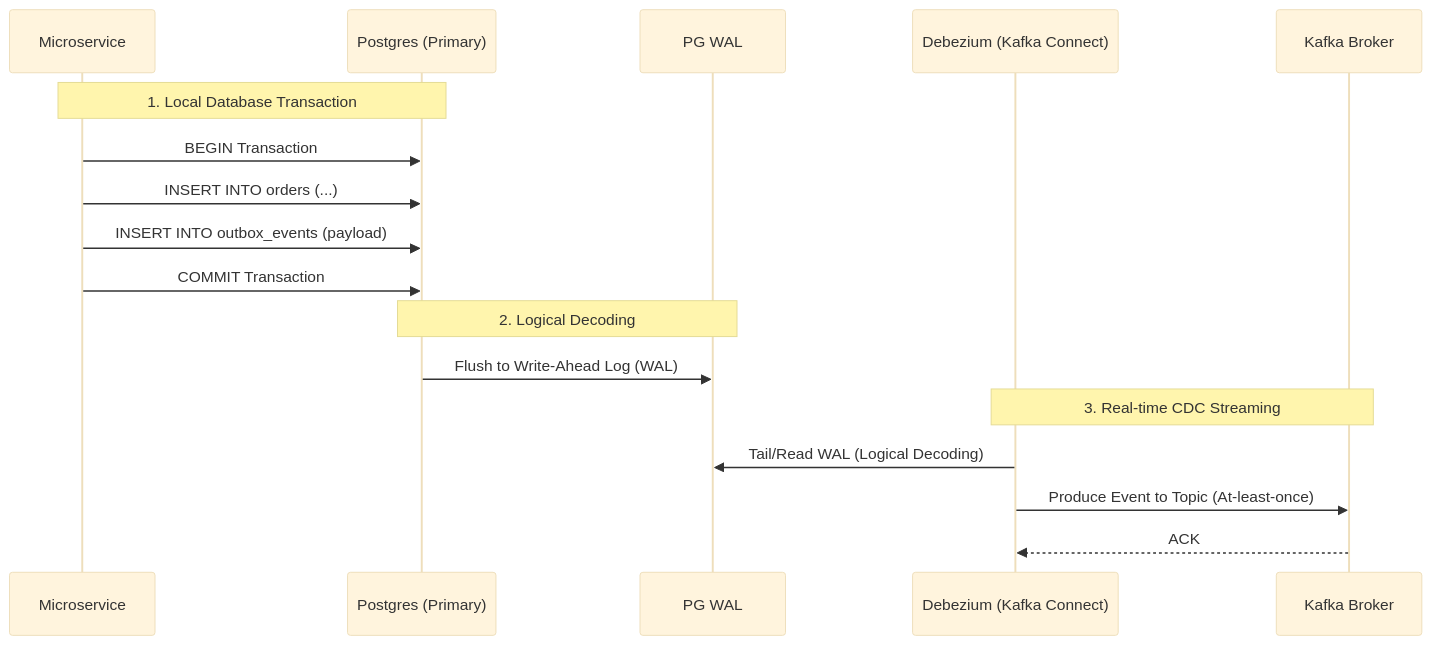
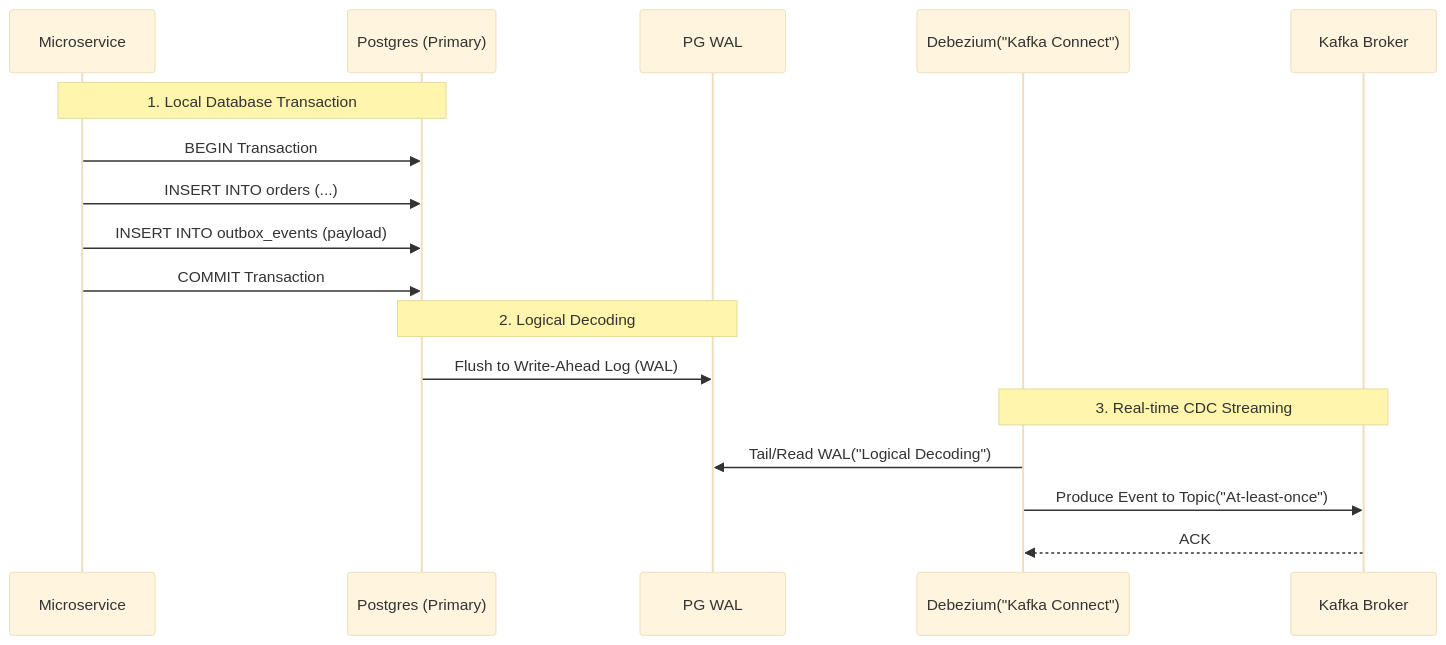
One commit to kythuatdulieu/kythuatdulieu.github.io changed the second of 2 diagrams in src/content/docs/concepts/5-stream-processing-realtime/kafka-exactly-once-semantics.md. Above: the diagram before and after it, drawn with Mermaid (base theme). The commit also changed other lines of this file and 190 other files, not shown here.

Commit message:
fix: resolve mermaid syntax, math rendering, and metadata issues from content rewrite

````diff
--- a/src/content/docs/concepts/5-stream-processing-realtime/kafka-exactly-once-semantics.md
+++ b/src/content/docs/concepts/5-stream-processing-realtime/kafka-exactly-once-semantics.md
@@ -96,22 +96,22 @@
 ```mermaid
 sequenceDiagram
     participant App as Microservice
     participant DB as Postgres (Primary)
     participant WAL as PG WAL
-    participant Debezium as Debezium (Kafka Connect)
+    participant Debezium as Debezium("Kafka Connect")
     participant Kafka as Kafka Broker
 
     Note over App,DB: 1. Local Database Transaction
     App->>DB: BEGIN Transaction
     App->>DB: INSERT INTO orders (...)
     App->>DB: INSERT INTO outbox_events (payload)
     App->>DB: COMMIT Transaction
     
     Note over DB,WAL: 2. Logical Decoding
     DB->>WAL: Flush to Write-Ahead Log (WAL)
     
     Note over Debezium,Kafka: 3. Real-time CDC Streaming
-    Debezium->>WAL: Tail/Read WAL (Logical Decoding)
-    Debezium->>Kafka: Produce Event to Topic (At-least-once)
+    Debezium->>WAL: Tail/Read WAL("Logical Decoding")
+    Debezium->>Kafka: Produce Event to Topic("At-least-once")
     Kafka-->>Debezium: ACK
 ```
````
